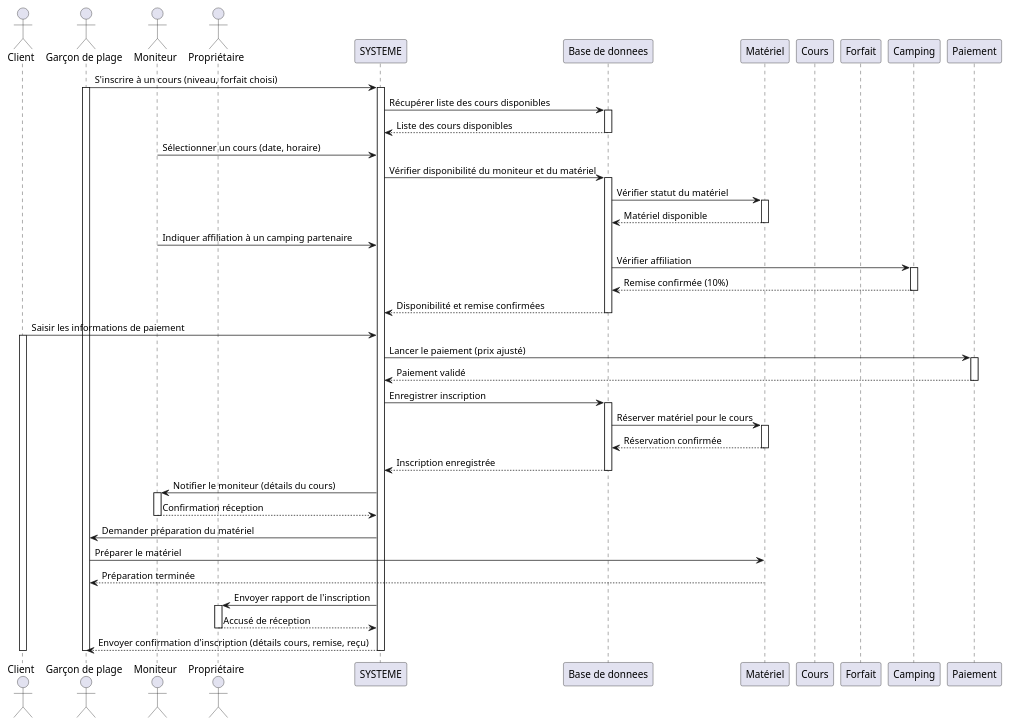
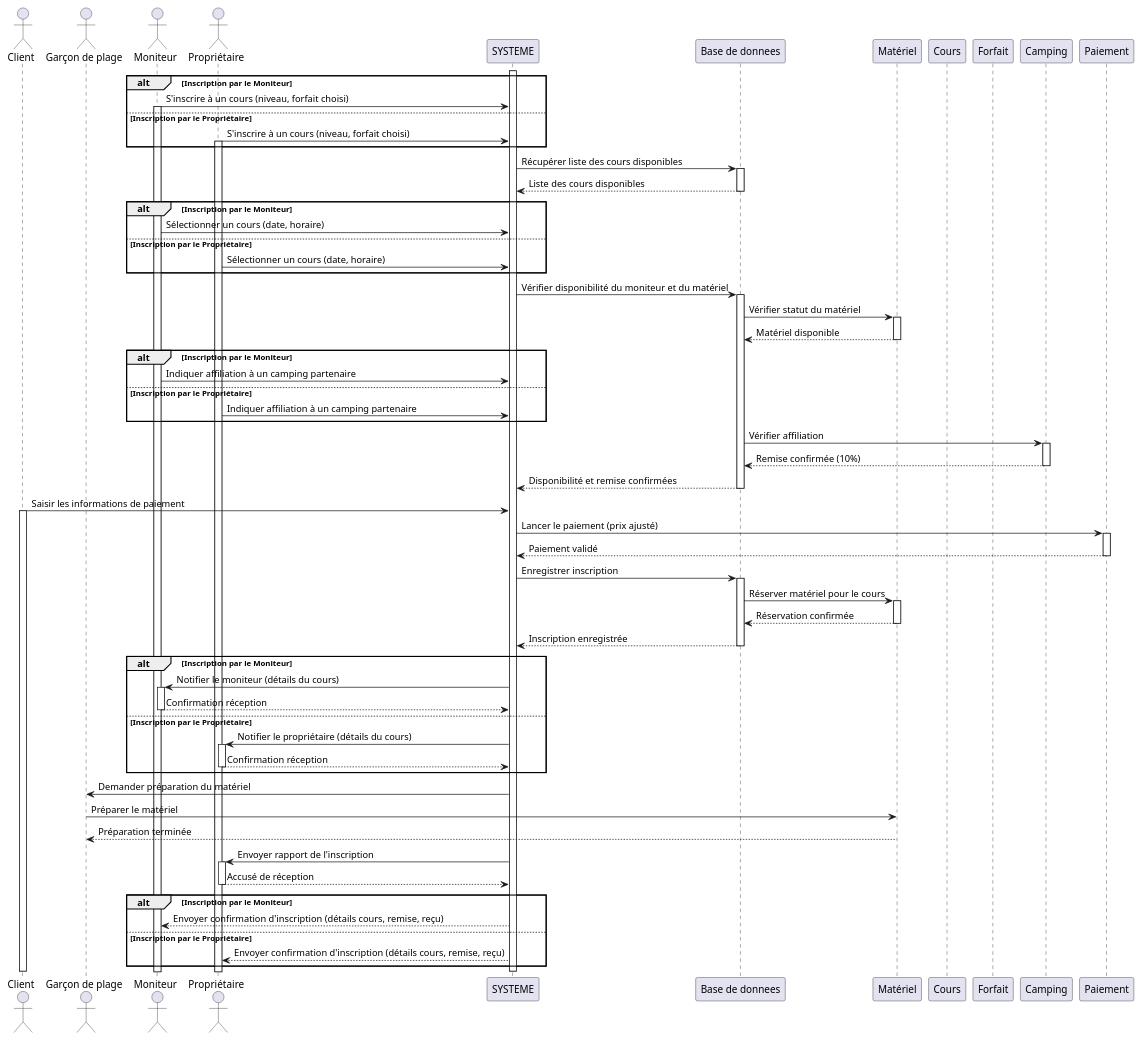
One commit to Hugo-COLLIN/MIAGE_CSI_NauticalClub changed the diagram in docs/1-analysis/workflowSequenceDiagram.puml. Above: the diagram before and after it, drawn with PlantUML.

Commit message:
docs: alt Moniteur / Propriétaire

```diff
--- a/docs/1-analysis/workflowSequenceDiagram.puml
+++ b/docs/1-analysis/workflowSequenceDiagram.puml
@@ -1,74 +1,103 @@
 @startuml
 actor Client as C
 actor "Garçon de plage" as G
 actor "Moniteur" as M
 actor "Propriétaire" as P
 participant "SYSTEME" as App
 participant "Base de donnees" as DB
 participant "Matériel" as Mat
 participant "Cours" as Cour
 participant "Forfait" as Forf
 participant "Camping" as Camp
 participant "Paiement" as Pay
 
-G -> App : S'inscrire à un cours (niveau, forfait choisi)
-activate G
+alt Inscription par le Moniteur
+    M -> App : S'inscrire à un cours (niveau, forfait choisi)
+    activate M
+else Inscription par le Propriétaire
+    P -> App : S'inscrire à un cours (niveau, forfait choisi)
+    activate P
+end
+
 activate App
 
 App -> DB : Récupérer liste des cours disponibles
 activate DB
 DB --> App : Liste des cours disponibles
 deactivate DB
 
-M -> App : Sélectionner un cours (date, horaire)
+alt Inscription par le Moniteur
+    M -> App : Sélectionner un cours (date, horaire)
+else Inscription par le Propriétaire
+    P -> App : Sélectionner un cours (date, horaire)
+end
+
 App -> DB : Vérifier disponibilité du moniteur et du matériel
 activate DB
 DB -> Mat : Vérifier statut du matériel
 activate Mat
 Mat --> DB : Matériel disponible
 deactivate Mat
 
-M -> App : Indiquer affiliation à un camping partenaire
+alt Inscription par le Moniteur
+    M -> App : Indiquer affiliation à un camping partenaire
+else Inscription par le Propriétaire
+    P -> App : Indiquer affiliation à un camping partenaire
+end
+
 DB -> Camp : Vérifier affiliation
 activate Camp
 Camp --> DB : Remise confirmée (10%)
 deactivate Camp
 
 DB --> App : Disponibilité et remise confirmées
 deactivate DB
 
 C -> App : Saisir les informations de paiement
 activate C
 App -> Pay : Lancer le paiement (prix ajusté)
 activate Pay
 Pay --> App : Paiement validé
 deactivate Pay
 
 App -> DB : Enregistrer inscription
 activate DB
 DB -> Mat : Réserver matériel pour le cours
 activate Mat
 Mat --> DB : Réservation confirmée
 deactivate Mat
 DB --> App : Inscription enregistrée
 deactivate DB
 
-App -> M : Notifier le moniteur (détails du cours)
-activate M
-M --> App : Confirmation réception
-deactivate M
+alt Inscription par le Moniteur
+    App -> M : Notifier le moniteur (détails du cours)
+    activate M
+    M --> App : Confirmation réception
+    deactivate M
+else Inscription par le Propriétaire
+    App -> P : Notifier le propriétaire (détails du cours)
+    activate P
+    P --> App : Confirmation réception
+    deactivate P
+end
 
 App -> G : Demander préparation du matériel
 G -> Mat : Préparer le matériel
 Mat --> G : Préparation terminée
 
 App -> P : Envoyer rapport de l'inscription
 activate P
 P --> App : Accusé de réception
 deactivate P
 
-App --> G : Envoyer confirmation d'inscription (détails cours, remise, reçu)
+alt Inscription par le Moniteur
+    App --> M : Envoyer confirmation d'inscription (détails cours, remise, reçu)
+else Inscription par le Propriétaire
+    App --> P : Envoyer confirmation d'inscription (détails cours, remise, reçu)
+end
+
 deactivate G
 deactivate App
 deactivate C
+
 @enduml
```
